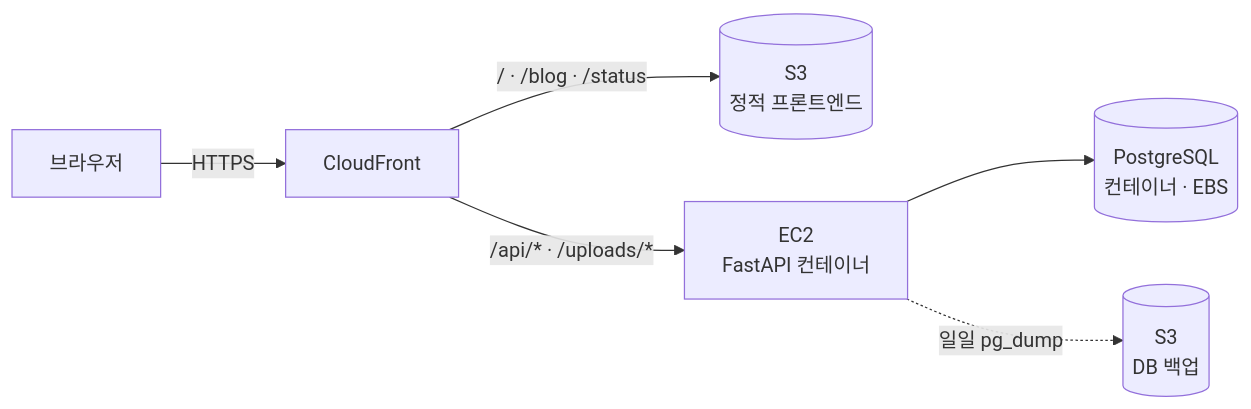
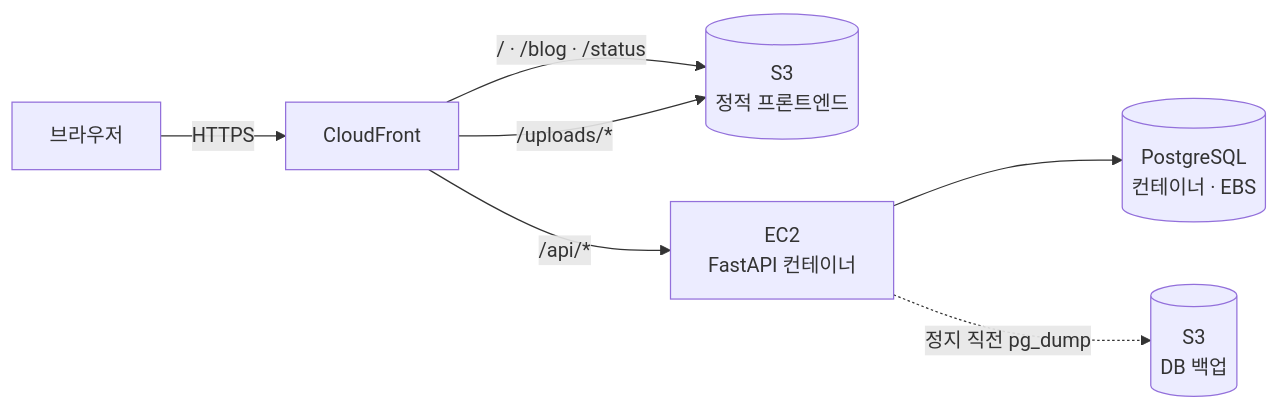
Before and after one commit to younoLee/blog_plafrom: the diagram in README.md, drawn with Mermaid. The commit also changed other lines of this file and 12 other files, not shown here.

````diff
--- a/README.md
+++ b/README.md
@@ -43,8 +43,9 @@
 ```mermaid
 flowchart LR
     U[브라우저] -->|HTTPS| CF[CloudFront]
     CF -->|"/ · /blog · /status"| S3[(S3<br/>정적 프론트엔드)]
-    CF -->|"/api/* · /uploads/*"| EC2[EC2<br/>FastAPI 컨테이너]
+    CF -->|"/api/*"| EC2[EC2<br/>FastAPI 컨테이너]
+    CF -->|"/uploads/*"| S3
     EC2 --> PG[(PostgreSQL<br/>컨테이너 · EBS)]
-    EC2 -. 일일 pg_dump .-> BK[(S3<br/>DB 백업)]
+    EC2 -. 정지 직전 pg_dump .-> BK[(S3<br/>DB 백업)]
 ```
````
